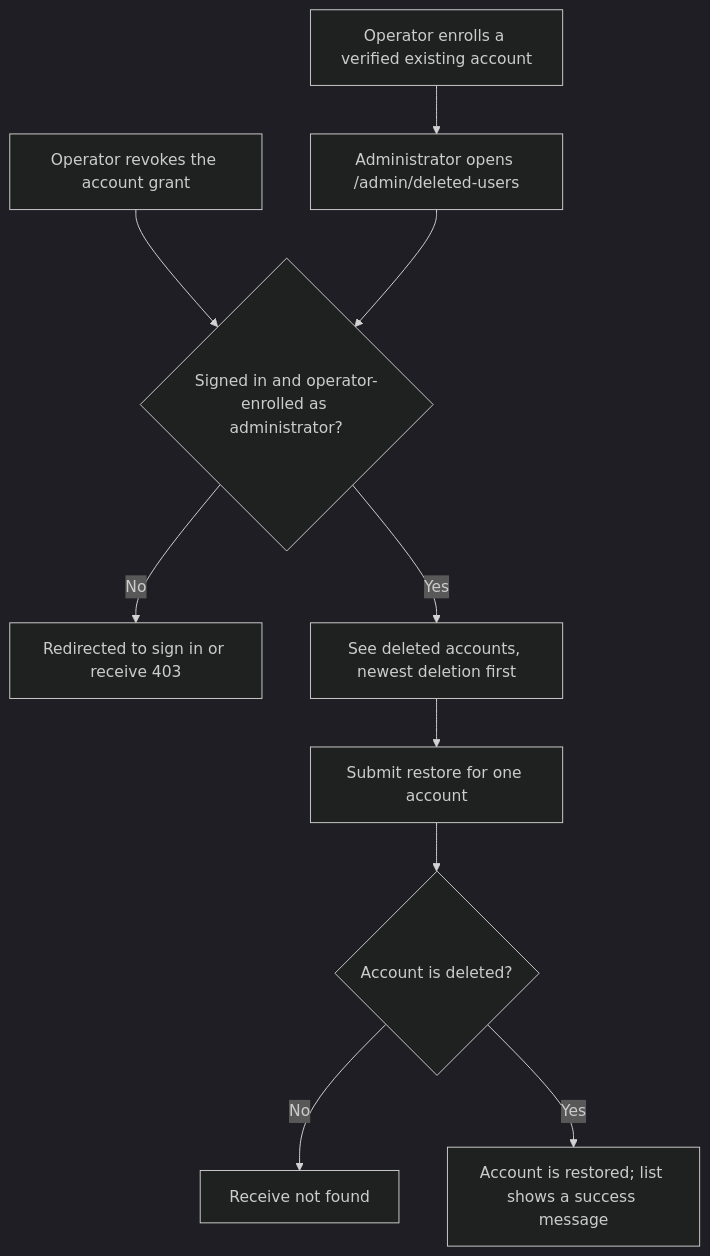
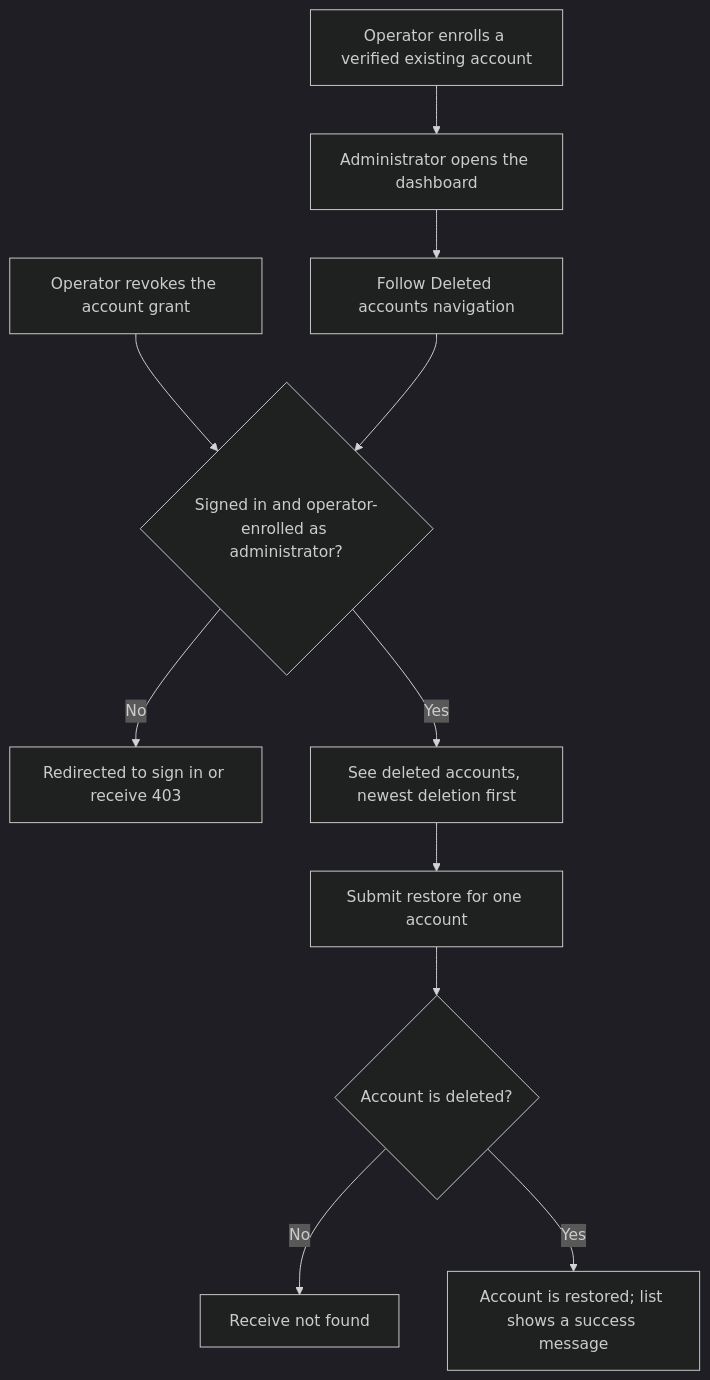
One commit to Kevinjohn/oss-adonisjs-lucid-soft-delete changed the first of 2 diagrams in user-stories/example-apps/us-demo-04-hypermedia-admin-restore.md. Above: the diagram before and after it, drawn with Mermaid (dark theme). The commit also changed other lines of this file and 15 other files, not shown here.

````diff
--- a/user-stories/example-apps/us-demo-04-hypermedia-admin-restore.md
+++ b/user-stories/example-apps/us-demo-04-hypermedia-admin-restore.md
@@ -21,12 +21,13 @@
 ```mermaid
 flowchart TD
     O["Operator enrolls a verified existing account"] --> A
     R["Operator revokes the account grant"] --> B
-    A["Administrator opens /admin/deleted-users"] --> B{"Signed in and operator-enrolled as administrator?"}
+    A["Administrator opens the dashboard"] --> N["Follow Deleted accounts navigation"]
+    N --> B{"Signed in and operator-enrolled as administrator?"}
     B -->|No| C["Redirected to sign in or receive 403"]
     B -->|Yes| D["See deleted accounts, newest deletion first"]
     D --> E["Submit restore for one account"]
     E --> F{"Account is deleted?"}
     F -->|No| G["Receive not found"]
     F -->|Yes| H["Account is restored; list shows a success message"]
 ```
````
